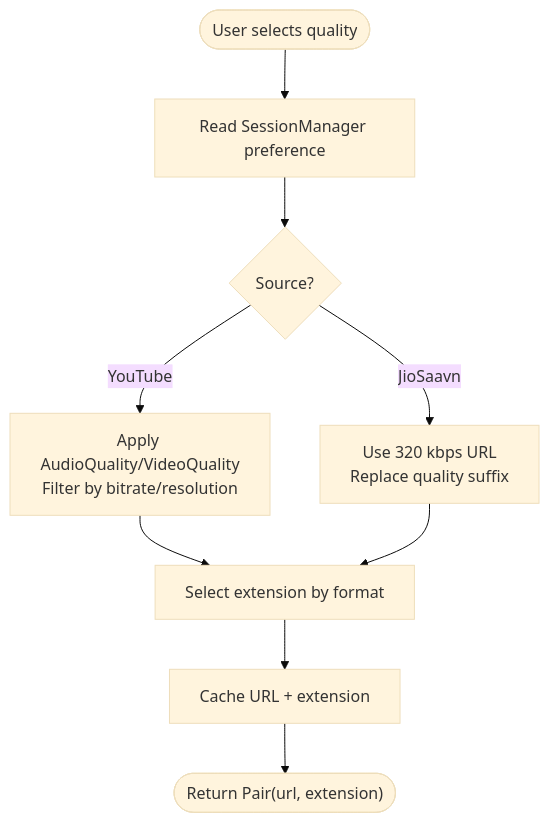
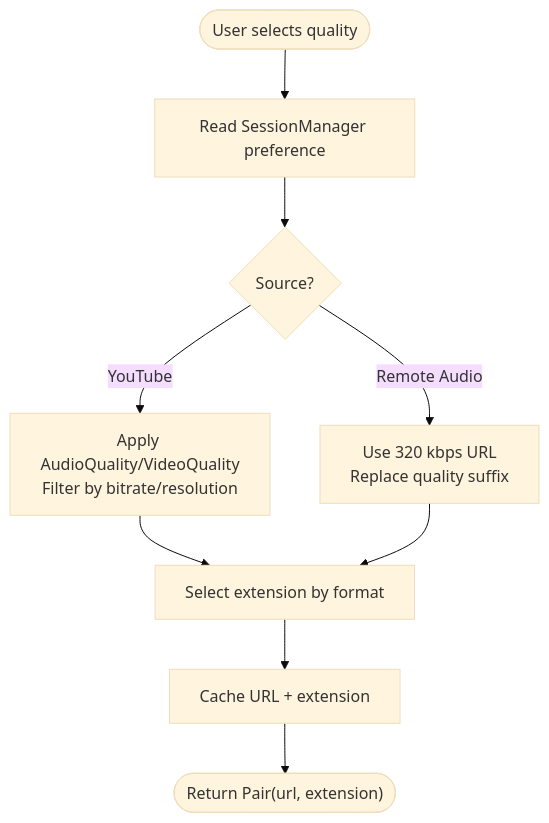
Before and after one commit to suvojeet-sengupta/SuvMusic: the third of 10 diagrams in docs/Download Management/Download Quality and Format.md, drawn with Mermaid (base theme). The commit also changed other lines of this file and 32 other files, not shown here.

````diff
--- a/docs/Download Management/Download Quality and Format.md
+++ b/docs/Download Management/Download Quality and Format.md
@@ -181,11 +181,11 @@
 ```mermaid
 flowchart TD
 Start(["User selects quality"]) --> ReadPref["Read SessionManager preference"]
 ReadPref --> Source{"Source?"}
 Source --> |YouTube| YTLogic["Apply AudioQuality/VideoQuality<br/>Filter by bitrate/resolution"]
-Source --> |JioSaavn| JSLogic["Use 320 kbps URL<br/>Replace quality suffix"]
+Source --> |Remote Audio| JSLogic["Use 320 kbps URL<br/>Replace quality suffix"]
 YTLogic --> ExtSel["Select extension by format"]
 JSLogic --> ExtSel
 ExtSel --> Save["Cache URL + extension"]
 Save --> End(["Return Pair(url, extension)"])
 ```
````
